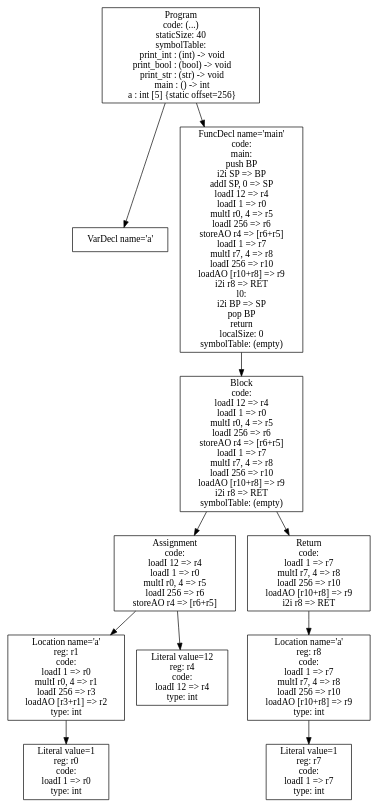
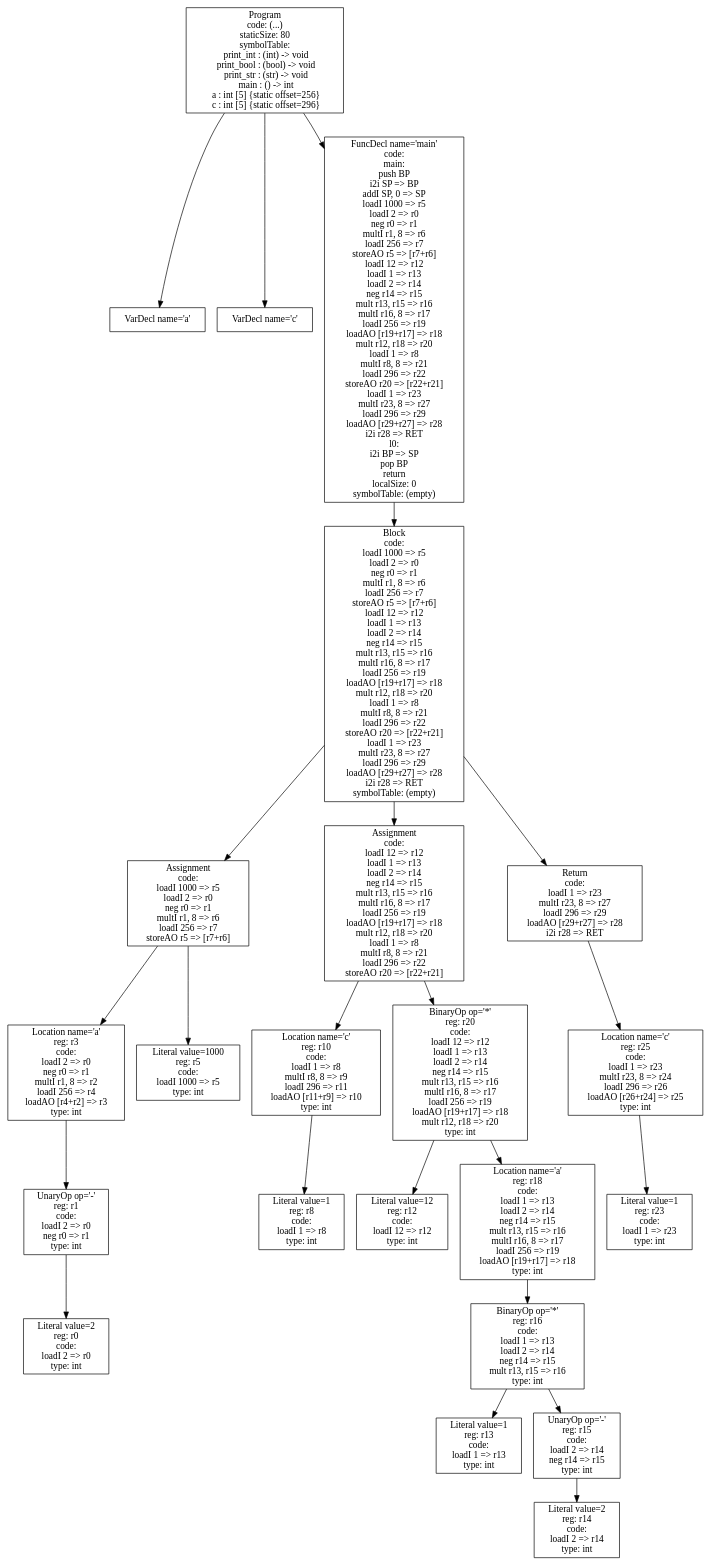
Before and after one commit to ecila1011/P4: the diagram in ast.dot, drawn with Graphviz. The commit also changed 14 other files, not shown here.

```diff
--- a/ast.dot
+++ b/ast.dot
@@ -1,23 +1,47 @@
 digraph AST {
 1 [shape=box, label="VarDecl name='a'"];
-6 [shape=box, label="Literal value=1\nreg: r0\ncode: \nloadI 1 => r0\ntype: int"];
-5 [shape=box, label="Location name='a'\nreg: r1\ncode: \nloadI 1 => r0\nmultI r0, 4 => r1\nloadI 256 => r3\nloadAO [r3+r1] => r2\ntype: int"];
+2 [shape=box, label="VarDecl name='c'"];
+8 [shape=box, label="Literal value=2\nreg: r0\ncode: \nloadI 2 => r0\ntype: int"];
+7 [shape=box, label="UnaryOp op='-'\nreg: r1\ncode: \nloadI 2 => r0\nneg r0 => r1\ntype: int"];
+7 -> 8;
+6 [shape=box, label="Location name='a'\nreg: r3\ncode: \nloadI 2 => r0\nneg r0 => r1\nmultI r1, 8 => r2\nloadI 256 => r4\nloadAO [r4+r2] => r3\ntype: int"];
+6 -> 7;
+9 [shape=box, label="Literal value=1000\nreg: r5\ncode: \nloadI 1000 => r5\ntype: int"];
+5 [shape=box, label="Assignment\ncode: \nloadI 1000 => r5\nloadI 2 => r0\nneg r0 => r1\nmultI r1, 8 => r6\nloadI 256 => r7\nstoreAO r5 => [r7+r6]"];
 5 -> 6;
-7 [shape=box, label="Literal value=12\nreg: r4\ncode: \nloadI 12 => r4\ntype: int"];
-4 [shape=box, label="Assignment\ncode: \nloadI 12 => r4\nloadI 1 => r0\nmultI r0, 4 => r5\nloadI 256 => r6\nstoreAO r4 => [r6+r5]"];
+5 -> 9;
+12 [shape=box, label="Literal value=1\nreg: r8\ncode: \nloadI 1 => r8\ntype: int"];
+11 [shape=box, label="Location name='c'\nreg: r10\ncode: \nloadI 1 => r8\nmultI r8, 8 => r9\nloadI 296 => r11\nloadAO [r11+r9] => r10\ntype: int"];
+11 -> 12;
+14 [shape=box, label="Literal value=12\nreg: r12\ncode: \nloadI 12 => r12\ntype: int"];
+17 [shape=box, label="Literal value=1\nreg: r13\ncode: \nloadI 1 => r13\ntype: int"];
+19 [shape=box, label="Literal value=2\nreg: r14\ncode: \nloadI 2 => r14\ntype: int"];
+18 [shape=box, label="UnaryOp op='-'\nreg: r15\ncode: \nloadI 2 => r14\nneg r14 => r15\ntype: int"];
+18 -> 19;
+16 [shape=box, label="BinaryOp op='*'\nreg: r16\ncode: \nloadI 1 => r13\nloadI 2 => r14\nneg r14 => r15\nmult r13, r15 => r16\ntype: int"];
+16 -> 17;
+16 -> 18;
+15 [shape=box, label="Location name='a'\nreg: r18\ncode: \nloadI 1 => r13\nloadI 2 => r14\nneg r14 => r15\nmult r13, r15 => r16\nmultI r16, 8 => r17\nloadI 256 => r19\nloadAO [r19+r17] => r18\ntype: int"];
+15 -> 16;
+13 [shape=box, label="BinaryOp op='*'\nreg: r20\ncode: \nloadI 12 => r12\nloadI 1 => r13\nloadI 2 => r14\nneg r14 => r15\nmult r13, r15 => r16\nmultI r16, 8 => r17\nloadI 256 => r19\nloadAO [r19+r17] => r18\nmult r12, r18 => r20\ntype: int"];
+13 -> 14;
+13 -> 15;
+10 [shape=box, label="Assignment\ncode: \nloadI 12 => r12\nloadI 1 => r13\nloadI 2 => r14\nneg r14 => r15\nmult r13, r15 => r16\nmultI r16, 8 => r17\nloadI 256 => r19\nloadAO [r19+r17] => r18\nmult r12, r18 => r20\nloadI 1 => r8\nmultI r8, 8 => r21\nloadI 296 => r22\nstoreAO r20 => [r22+r21]"];
+10 -> 11;
+10 -> 13;
+22 [shape=box, label="Literal value=1\nreg: r23\ncode: \nloadI 1 => r23\ntype: int"];
+21 [shape=box, label="Location name='c'\nreg: r25\ncode: \nloadI 1 => r23\nmultI r23, 8 => r24\nloadI 296 => r26\nloadAO [r26+r24] => r25\ntype: int"];
+21 -> 22;
+20 [shape=box, label="Return\ncode: \nloadI 1 => r23\nmultI r23, 8 => r27\nloadI 296 => r29\nloadAO [r29+r27] => r28\ni2i r28 => RET"];
+20 -> 21;
+4 [shape=box, label="Block\ncode: \nloadI 1000 => r5\nloadI 2 => r0\nneg r0 => r1\nmultI r1, 8 => r6\nloadI 256 => r7\nstoreAO r5 => [r7+r6]\nloadI 12 => r12\nloadI 1 => r13\nloadI 2 => r14\nneg r14 => r15\nmult r13, r15 => r16\nmultI r16, 8 => r17\nloadI 256 => r19\nloadAO [r19+r17] => r18\nmult r12, r18 => r20\nloadI 1 => r8\nmultI r8, 8 => r21\nloadI 296 => r22\nstoreAO r20 => [r22+r21]\nloadI 1 => r23\nmultI r23, 8 => r27\nloadI 296 => r29\nloadAO [r29+r27] => r28\ni2i r28 => RET\nsymbolTable: (empty)"];
 4 -> 5;
-4 -> 7;
-10 [shape=box, label="Literal value=1\nreg: r7\ncode: \nloadI 1 => r7\ntype: int"];
-9 [shape=box, label="Location name='a'\nreg: r8\ncode: \nloadI 1 => r7\nmultI r7, 4 => r8\nloadI 256 => r10\nloadAO [r10+r8] => r9\ntype: int"];
-9 -> 10;
-8 [shape=box, label="Return\ncode: \nloadI 1 => r7\nmultI r7, 4 => r8\nloadI 256 => r10\nloadAO [r10+r8] => r9\ni2i r8 => RET"];
-8 -> 9;
-3 [shape=box, label="Block\ncode: \nloadI 12 => r4\nloadI 1 => r0\nmultI r0, 4 => r5\nloadI 256 => r6\nstoreAO r4 => [r6+r5]\nloadI 1 => r7\nmultI r7, 4 => r8\nloadI 256 => r10\nloadAO [r10+r8] => r9\ni2i r8 => RET\nsymbolTable: (empty)"];
+4 -> 10;
+4 -> 20;
+3 [shape=box, label="FuncDecl name='main'\ncode: \nmain:\npush BP\ni2i SP => BP\naddI SP, 0 => SP\nloadI 1000 => r5\nloadI 2 => r0\nneg r0 => r1\nmultI r1, 8 => r6\nloadI 256 => r7\nstoreAO r5 => [r7+r6]\nloadI 12 => r12\nloadI 1 => r13\nloadI 2 => r14\nneg r14 => r15\nmult r13, r15 => r16\nmultI r16, 8 => r17\nloadI 256 => r19\nloadAO [r19+r17] => r18\nmult r12, r18 => r20\nloadI 1 => r8\nmultI r8, 8 => r21\nloadI 296 => r22\nstoreAO r20 => [r22+r21]\nloadI 1 => r23\nmultI r23, 8 => r27\nloadI 296 => r29\nloadAO [r29+r27] => r28\ni2i r28 => RET\nl0:\ni2i BP => SP\npop BP\nreturn\nlocalSize: 0\nsymbolTable: (empty)"];
 3 -> 4;
-3 -> 8;
-2 [shape=box, label="FuncDecl name='main'\ncode: \nmain:\npush BP\ni2i SP => BP\naddI SP, 0 => SP\nloadI 12 => r4\nloadI 1 => r0\nmultI r0, 4 => r5\nloadI 256 => r6\nstoreAO r4 => [r6+r5]\nloadI 1 => r7\nmultI r7, 4 => r8\nloadI 256 => r10\nloadAO [r10+r8] => r9\ni2i r8 => RET\nl0:\ni2i BP => SP\npop BP\nreturn\nlocalSize: 0\nsymbolTable: (empty)"];
-2 -> 3;
-0 [shape=box, label="Program\ncode: (...)\nstaticSize: 40\nsymbolTable: \n  print_int : (int) -> void\n  print_bool : (bool) -> void\n  print_str : (str) -> void\n  main : () -> int\n  a : int [5] {static offset=256}"];
+0 [shape=box, label="Program\ncode: (...)\nstaticSize: 80\nsymbolTable: \n  print_int : (int) -> void\n  print_bool : (bool) -> void\n  print_str : (str) -> void\n  main : () -> int\n  a : int [5] {static offset=256}\n  c : int [5] {static offset=296}"];
 0 -> 1;
 0 -> 2;
+0 -> 3;
 }
```
